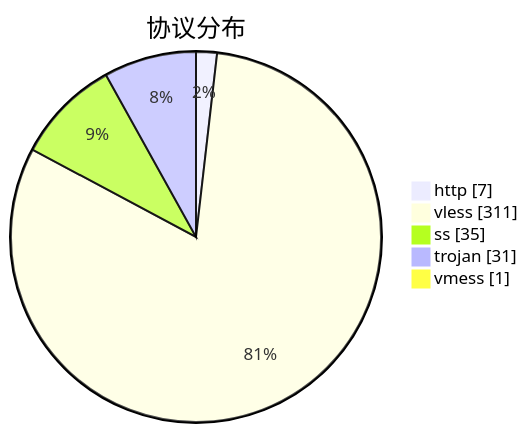
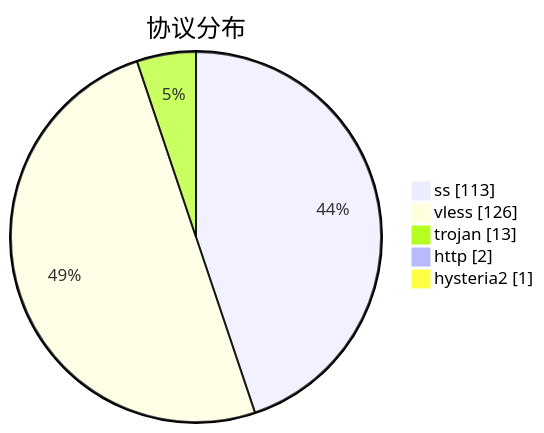
One commit to qjlxg/airport changed the third of 3 diagrams in subs/statistics/tested_within.md. Above: the diagram before and after it, drawn with Mermaid. The commit also changed other lines of this file and 2 other files, not shown here.

````diff
--- a/subs/statistics/tested_within.md
+++ b/subs/statistics/tested_within.md
@@ -29,9 +31,9 @@
 ```mermaid
 pie showData
 title 协议分布
-"http" : 7
-"vless" : 311
-"ss" : 35
-"trojan" : 31
-"vmess" : 1
+"ss" : 113
+"vless" : 126
+"trojan" : 13
+"http" : 2
+"hysteria2" : 1
 ```
````
